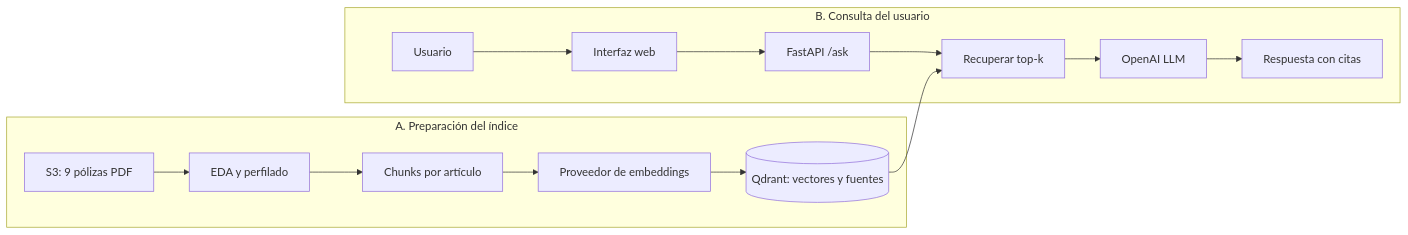
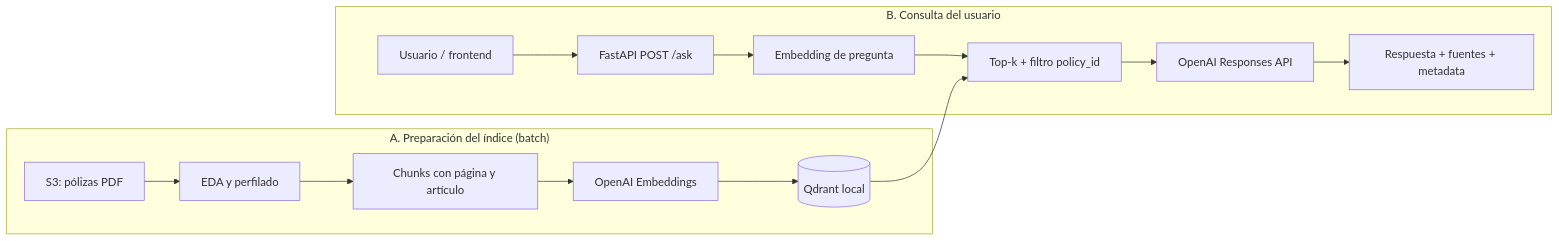
Before and after one commit to mateosalgado3/Insurance-Policy-Generation-Chatbot-: the diagram in docs/architecture.md, drawn with Mermaid. The commit also changed other lines of this file and 12 other files, not shown here.

````diff
--- a/docs/architecture.md
+++ b/docs/architecture.md
@@ -16,19 +5,18 @@
 ```mermaid
 flowchart LR
-    subgraph preparation["A. Preparación del índice"]
-        s3["S3: 9 pólizas PDF"] --> audit["EDA y perfilado"]
-        audit --> chunks["Chunks por artículo"]
-        chunks --> embeddings["Proveedor de embeddings"]
-        embeddings --> vectorIndex[("Qdrant: vectores y fuentes")]
+    subgraph batch["A. Preparación del índice (batch)"]
+        s3["S3: pólizas PDF"] --> eda["EDA y perfilado"]
+        eda --> chunks["Chunks con página y artículo"]
+        chunks --> embedDocs["OpenAI Embeddings"]
+        embedDocs --> qdrant[("Qdrant local")]
     end
 
-    subgraph query["B. Consulta del usuario"]
-        user["Usuario"] --> ui["Interfaz web"]
-        ui --> api["FastAPI /ask"]
-        api --> retrieval["Recuperar top-k"]
-        retrieval --> llm["OpenAI LLM"]
-        llm --> response["Respuesta con citas"]
+    subgraph request["B. Consulta del usuario"]
+        user["Usuario / frontend"] --> api["FastAPI POST /ask"]
+        api --> embedQuery["Embedding de pregunta"]
+        embedQuery --> retrieve["Top-k + filtro policy_id"]
+        qdrant --> retrieve
+        retrieve --> llm["OpenAI Responses API"]
+        llm --> answer["Respuesta + fuentes + metadata"]
     end
-
-    vectorIndex --> retrieval
 ```
````
